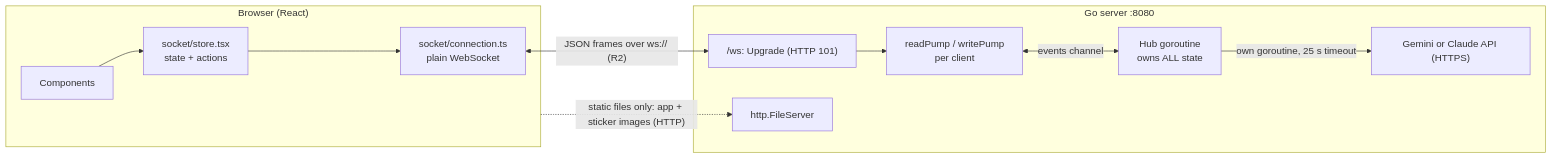
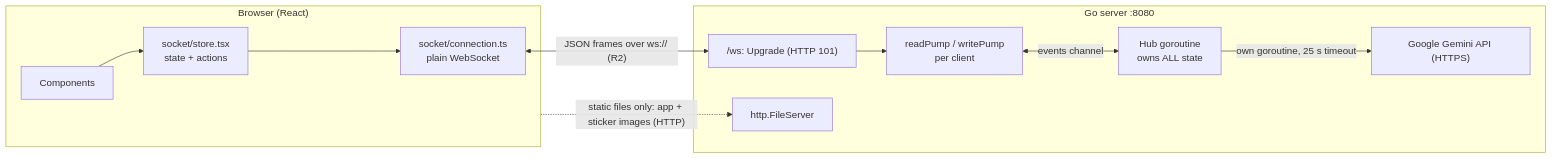
The diagram in docs/ARCHITECTURE.md (Alcanretia/SocketProgramming), drawn with Mermaid before and after one commit. The commit also changed other lines of this file and 18 other files, not shown here.

````diff
--- a/docs/ARCHITECTURE.md
+++ b/docs/ARCHITECTURE.md
@@ -7,15 +7,15 @@
 ```mermaid
 flowchart LR
   subgraph Browser["Browser (React)"]
     UI[Components] --> Store["socket/store.tsx<br/>state + actions"]
     Store --> Conn["socket/connection.ts<br/>plain WebSocket"]
   end
   Conn <-- "JSON frames over ws:// (R2)" --> WS
   Browser -. "static files only: app + sticker images (HTTP)" .-> HTTP
   subgraph Server["Go server :8080"]
     HTTP["http.FileServer"]
     WS["/ws: Upgrade (HTTP 101)"] --> RP["readPump / writePump<br/>per client"]
     RP <-- "events channel" --> Hub["Hub goroutine<br/>owns ALL state"]
-    Hub -- "own goroutine, 25 s timeout" --> LLM["Gemini or Claude API (HTTPS)"]
+    Hub -- "own goroutine, 25 s timeout" --> LLM["Google Gemini API (HTTPS)"]
   end
 ```
````
